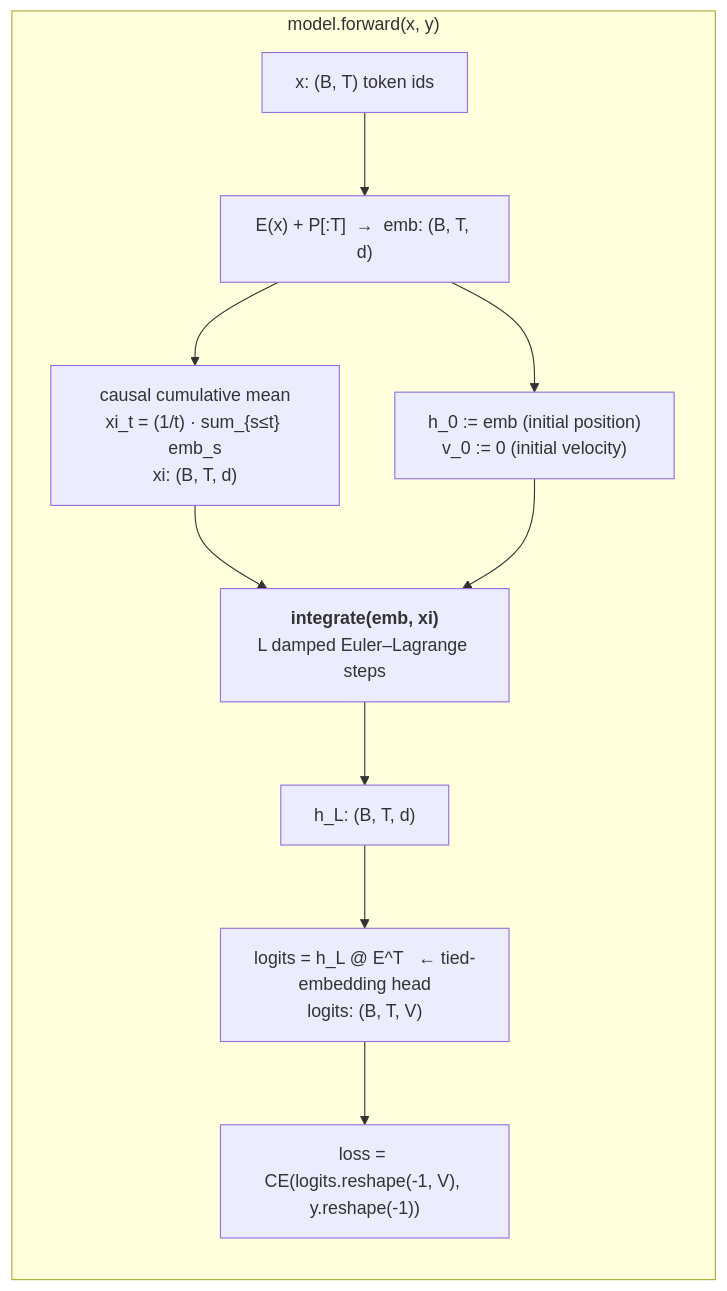
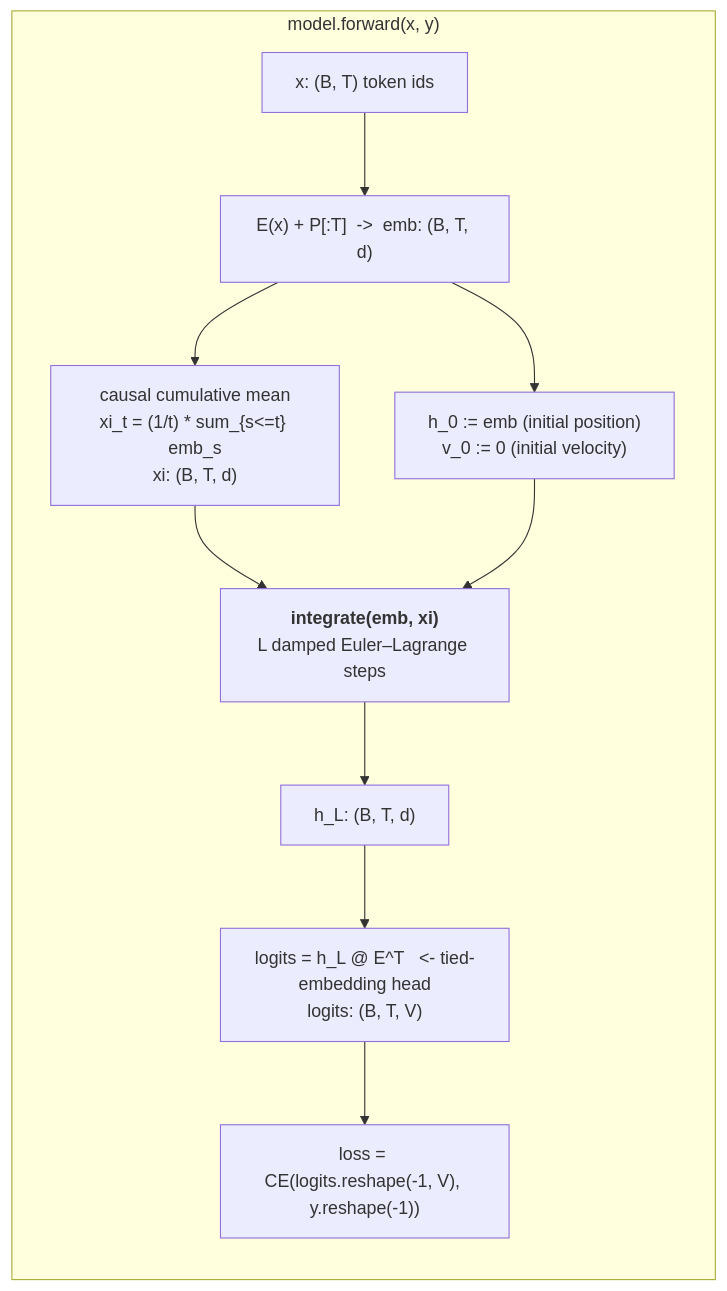
The second of 5 diagrams in companion_notes/Training_and_Inference_with_SPLM.md (dimitarpg13/semsimula-paper), drawn with Mermaid before and after one commit. The commit also changed other lines of this file and 36 other files, not shown here.

First line of the commit message:
Sync companion notes: Claim A status update, Mermaid/LaTeX fixes, new files

````diff
--- a/companion_notes/Training_and_Inference_with_SPLM.md
+++ b/companion_notes/Training_and_Inference_with_SPLM.md
@@ -120,14 +120,14 @@
 ```mermaid
 flowchart TD
     subgraph E["model.forward(x, y)"]
       direction TB
-      X["x: (B, T) token ids"] --> EMB["E(x) + P[:T]  →  emb: (B, T, d)"]
-      EMB --> POOL["causal cumulative mean<br/>xi_t = (1/t) · sum_{s≤t} emb_s<br/>xi: (B, T, d)"]
-      EMB --> H0["h_0 := emb  (initial position)<br/>v_0 := 0         (initial velocity)"]
+      X["x: (B, T) token ids"] --> EMB["E(x) + P[:T]  ->  emb: (B, T, d)"]
+      EMB --> POOL["causal cumulative mean<br>xi_t = (1/t) * sum_{s<=t} emb_s<br>xi: (B, T, d)"]
+      EMB --> H0["h_0 := emb  (initial position)<br>v_0 := 0         (initial velocity)"]
       POOL --> INT
       H0 --> INT
-      INT["<b>integrate(emb, xi)</b><br/>L damped Euler–Lagrange steps"] --> HL["h_L: (B, T, d)"]
-      HL --> LOG["logits = h_L @ E^T   ← tied-embedding head<br/>logits: (B, T, V)"]
+      INT["<b>integrate(emb, xi)</b><br>L damped Euler–Lagrange steps"] --> HL["h_L: (B, T, d)"]
+      HL --> LOG["logits = h_L @ E^T   <- tied-embedding head<br>logits: (B, T, V)"]
       LOG --> CE["loss = CE(logits.reshape(-1, V), y.reshape(-1))"]
     end
 ```
````
